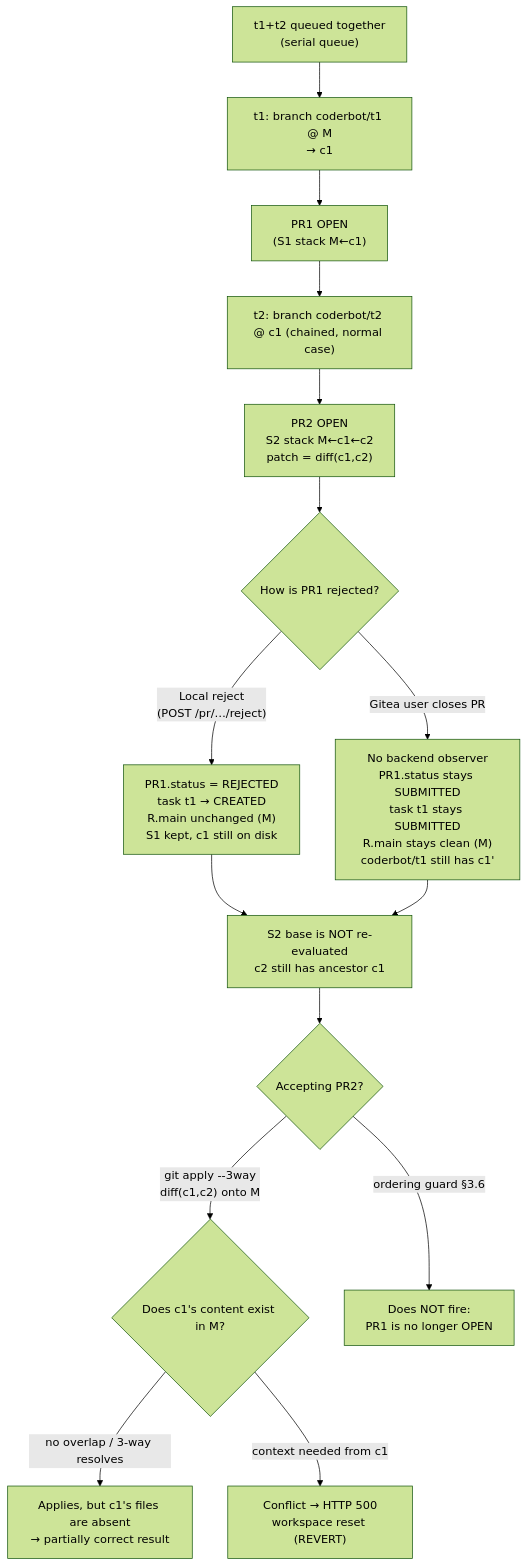
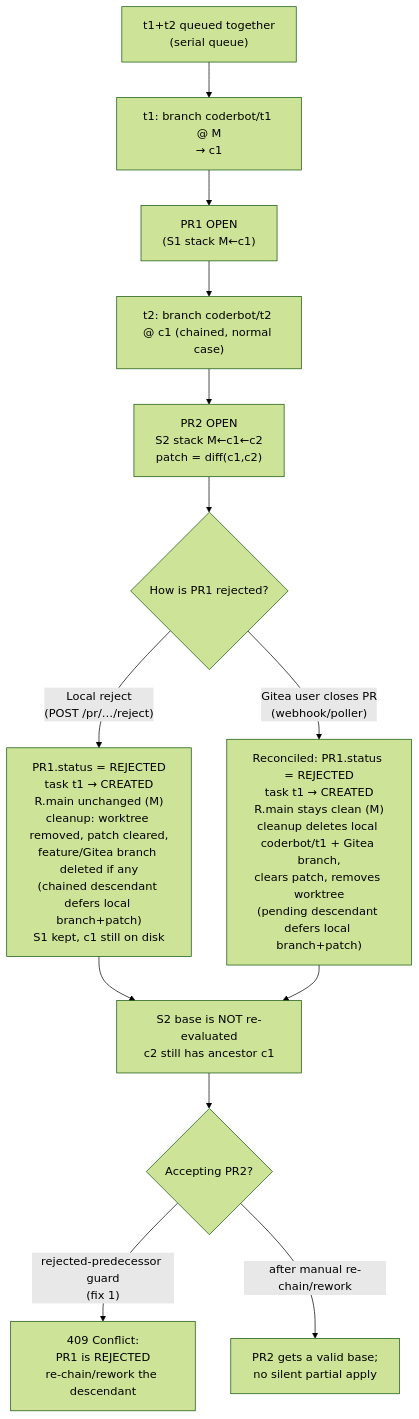
One commit to marcbaechinger/ajapopaja-build changed the fifth of 5 diagrams in design/git/dd_task_chain_rejection_lifecycle.md. Above: the diagram before and after it, drawn with Mermaid (forest theme). The commit also changed other lines of this file and 8 other files, not shown here.

Commit message:
Release branch and patch when the Gitea PR-state hook reports accept/reject

````diff
--- a/design/git/dd_task_chain_rejection_lifecycle.md
+++ b/design/git/dd_task_chain_rejection_lifecycle.md
@@ -186,20 +204,18 @@
 ```mermaid
 flowchart TD
     A["t1+t2 queued together\n(serial queue)"] --> B["t1: branch coderbot/t1 @ M\n→ c1"]
     B --> C["PR1 OPEN\n(S1 stack M←c1)"]
     C --> D["t2: branch coderbot/t2 @ c1 (chained, normal case)"]
     D --> E["PR2 OPEN\nS2 stack M←c1←c2\npatch = diff(c1,c2)"]
 
     E --> F{"How is PR1 rejected?"}
-    F -->|"Local reject\n(POST /pr/…/reject)"| G["PR1.status = REJECTED\ntask t1 → CREATED\nR.main unchanged (M)\nS1 kept, c1 still on disk"]
-    F -->|"Gitea user closes PR"| H["No backend observer\nPR1.status stays SUBMITTED\ntask t1 stays SUBMITTED\nR.main stays clean (M)\ncoderbot/t1 still has c1'"]
+    F -->|"Local reject\n(POST /pr/…/reject)"| G["PR1.status = REJECTED\ntask t1 → CREATED\nR.main unchanged (M)\ncleanup: worktree removed, patch cleared,\nfeature/Gitea branch deleted if any\n(chained descendant defers local branch+patch)\nS1 kept, c1 still on disk"]
+    F -->|"Gitea user closes PR\n(webhook/poller)"| H["Reconciled: PR1.status = REJECTED\ntask t1 → CREATED\nR.main stays clean (M)\ncleanup deletes local coderbot/t1 + Gitea branch,\nclears patch, removes worktree\n(pending descendant defers local branch+patch)"]
 
     G --> I["S2 base is NOT re-evaluated\nc2 still has ancestor c1"]
     H --> I
 
     I --> J{"Accepting PR2?"}
-    J -->|"git apply --3way\ndiff(c1,c2) onto M"| K{"Does c1's content exist in M?"}
-    K -->|"no overlap / 3-way resolves"| L["Applies, but c1's files are absent\n→ partially correct result"]
-    K -->|"context needed from c1"| M2["Conflict → HTTP 500\nworkspace reset (REVERT)"]
-    J -->|"ordering guard §3.6"| N["Does NOT fire:\nPR1 is no longer OPEN"]
+    J -->|"rejected-predecessor guard\n(fix 1)"| N["409 Conflict:\nPR1 is REJECTED\nre-chain/rework the descendant"]
+    J -->|"after manual re-chain/rework"| O["PR2 gets a valid base;\nno silent partial apply"]
 ```
````
